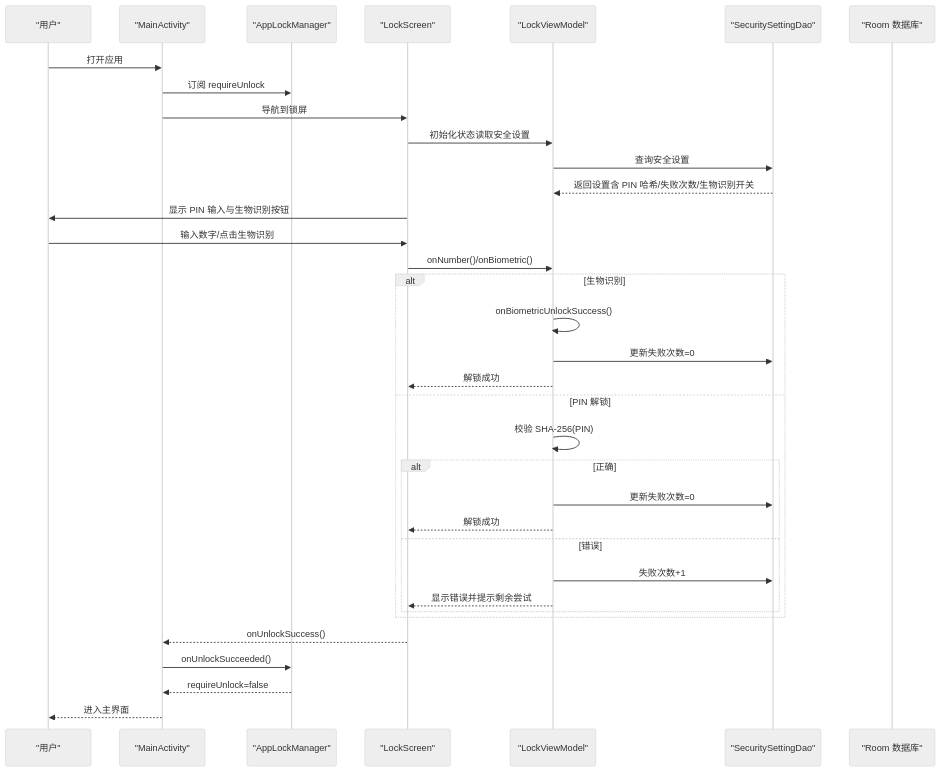
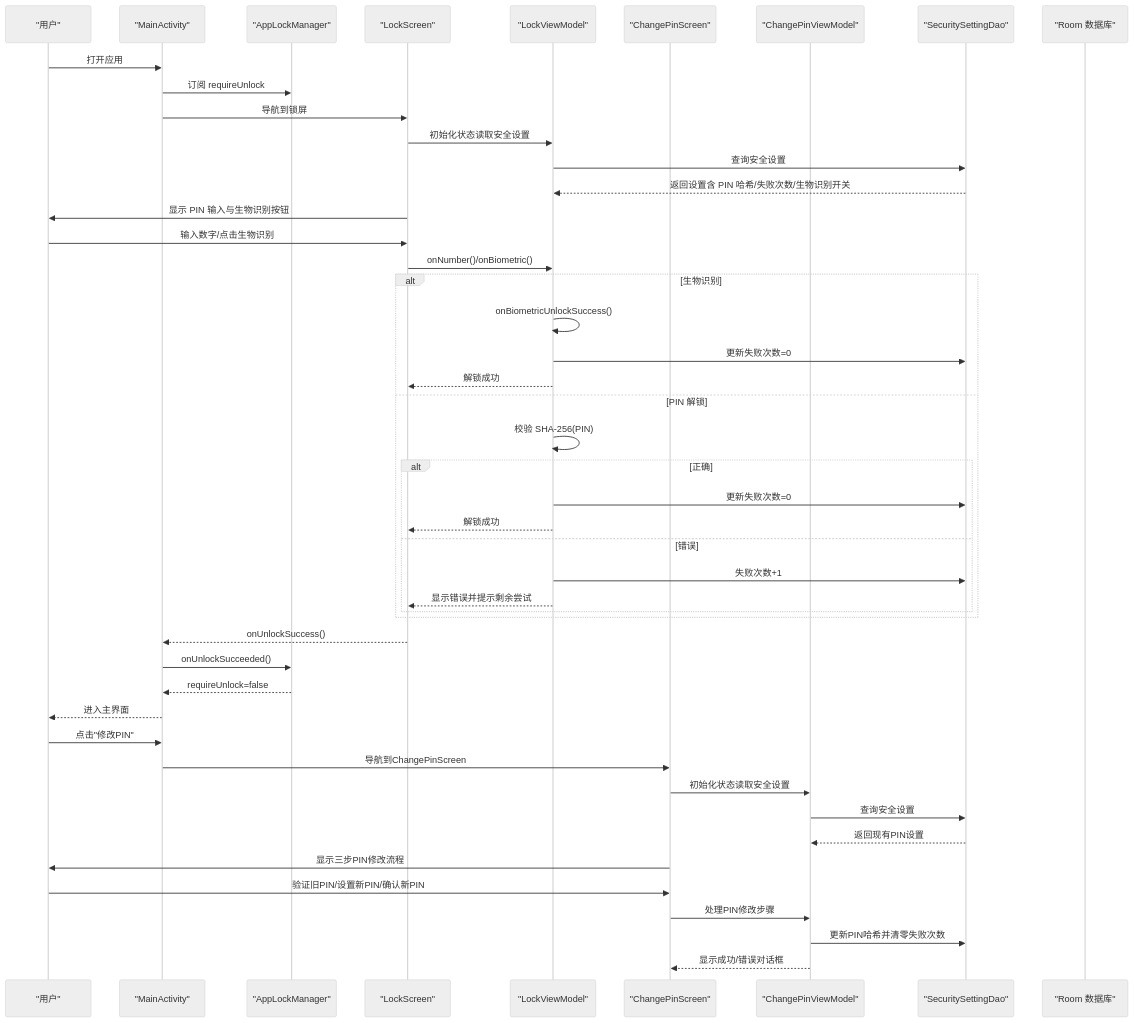
The second of 10 diagrams in .qoder/repowiki/zh/content/项目概述/核心功能特性/安全解锁系统.md (wanhongbo/ai-photo-vault), drawn with Mermaid (neutral theme) before and after one commit. The commit also changed other lines of this file and 22 other files, not shown here.

````diff
--- a/.qoder/repowiki/zh/content/项目概述/核心功能特性/安全解锁系统.md
+++ b/.qoder/repowiki/zh/content/项目概述/核心功能特性/安全解锁系统.md
@@ -110,37 +135,49 @@
 ```mermaid
 sequenceDiagram
 participant U as "用户"
 participant MS as "MainActivity"
 participant ALM as "AppLockManager"
 participant LS as "LockScreen"
 participant LVM as "LockViewModel"
+participant CPS as "ChangePinScreen"
+participant CPVM as "ChangePinViewModel"
 participant DAO as "SecuritySettingDao"
 participant DB as "Room 数据库"
 U->>MS : 打开应用
 MS->>ALM : 订阅 requireUnlock
 MS->>LS : 导航到锁屏
 LS->>LVM : 初始化状态读取安全设置
 LVM->>DAO : 查询安全设置
 DAO-->>LVM : 返回设置含 PIN 哈希/失败次数/生物识别开关
 LS->>U : 显示 PIN 输入与生物识别按钮
 U->>LS : 输入数字/点击生物识别
 LS->>LVM : onNumber()/onBiometric()
 alt 生物识别
 LVM->>LVM : onBiometricUnlockSuccess()
 LVM->>DAO : 更新失败次数=0
 LVM-->>LS : 解锁成功
 else PIN 解锁
 LVM->>LVM : 校验 SHA-256(PIN)
 alt 正确
 LVM->>DAO : 更新失败次数=0
 LVM-->>LS : 解锁成功
 else 错误
 LVM->>DAO : 失败次数+1
 LVM-->>LS : 显示错误并提示剩余尝试
 end
 end
 LS-->>MS : onUnlockSuccess()
 MS->>ALM : onUnlockSucceeded()
 ALM-->>MS : requireUnlock=false
 MS-->>U : 进入主界面
+U->>MS : 点击"修改PIN"
+MS->>CPS : 导航到ChangePinScreen
+CPS->>CPVM : 初始化状态读取安全设置
+CPVM->>DAO : 查询安全设置
+DAO-->>CPVM : 返回现有PIN设置
+CPS->>U : 显示三步PIN修改流程
+U->>CPS : 验证旧PIN/设置新PIN/确认新PIN
+CPS->>CPVM : 处理PIN修改步骤
+CPVM->>DAO : 更新PIN哈希并清零失败次数
+CPVM-->>CPS : 显示成功/错误对话框
 ```
````
